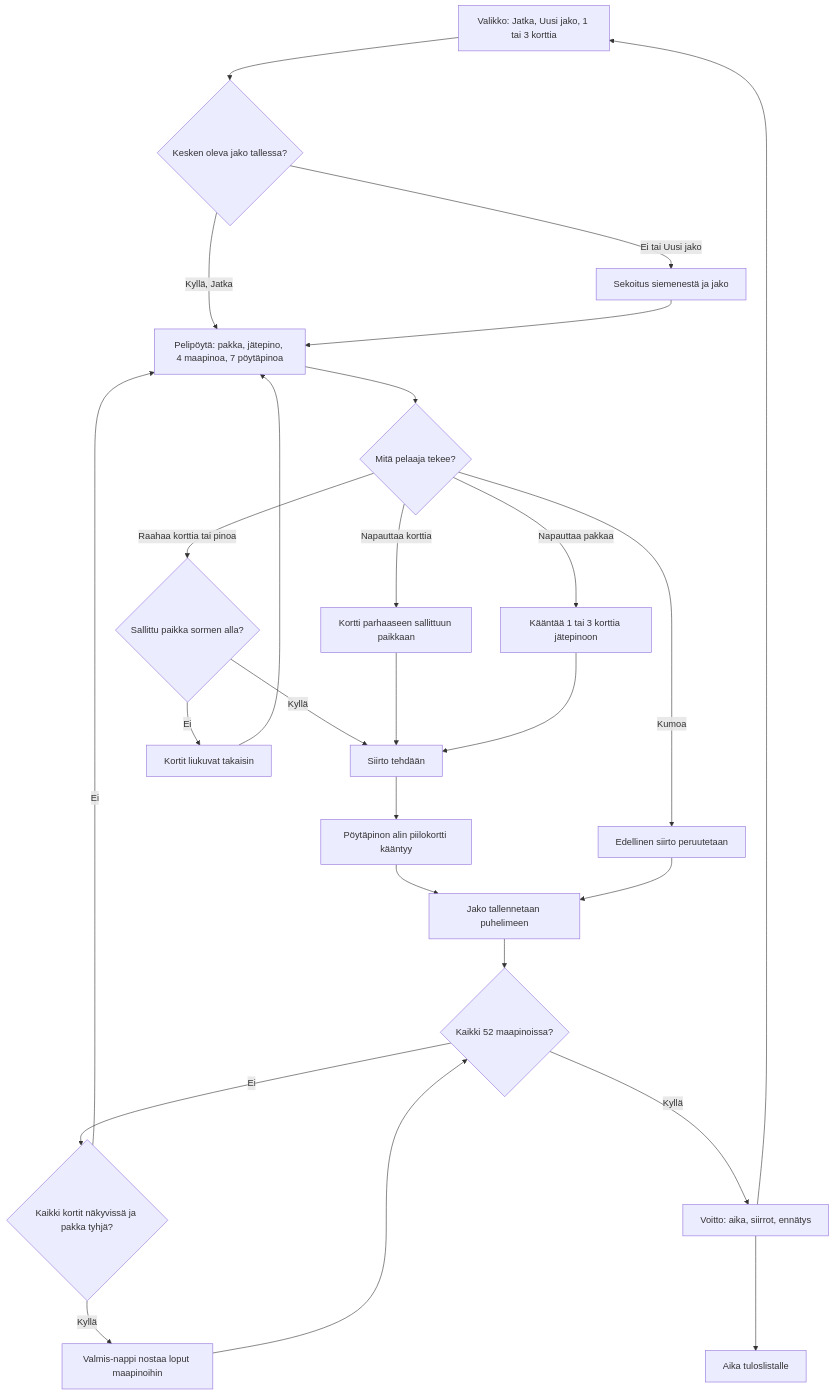
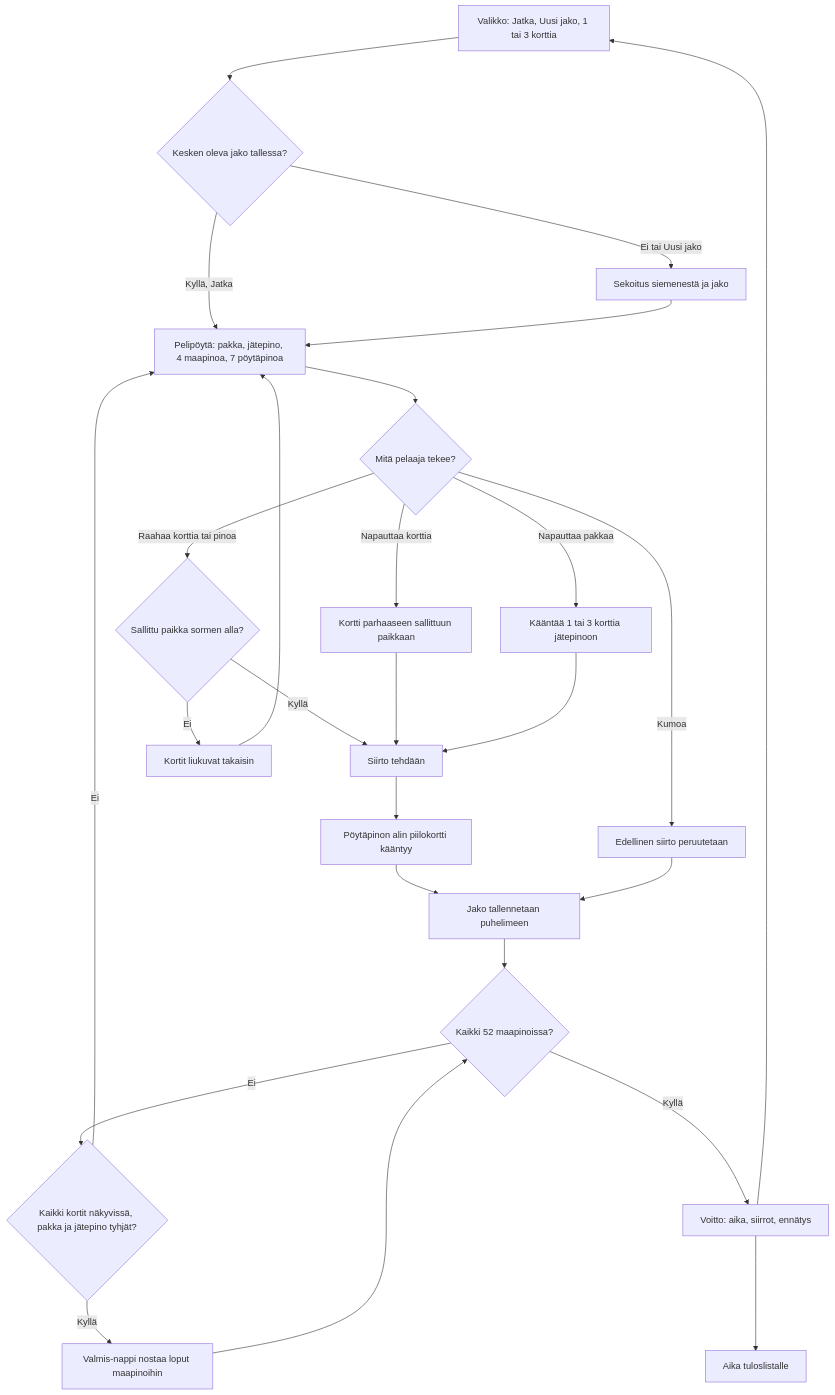
Before and after one commit to eerovil/ai-pelit: the diagram in docs/diagrams/pasianssi.md, drawn with Mermaid. The commit also changed other lines of this file, not shown here.

Commit message:
Align Pasianssi diagram with implementation

````diff
--- a/docs/diagrams/pasianssi.md
+++ b/docs/diagrams/pasianssi.md
@@ -8,33 +8,33 @@
 ```mermaid
 flowchart TD
   A[Valikko: Jatka, Uusi jako, 1 tai 3 korttia] --> J{Kesken oleva jako tallessa?}
   J -- Kyllä, Jatka --> P[Pelipöytä: pakka, jätepino, 4 maapinoa, 7 pöytäpinoa]
   J -- Ei tai Uusi jako --> S[Sekoitus siemenestä ja jako]
   S --> P
   P --> T{Mitä pelaaja tekee?}
   T -- Napauttaa pakkaa --> D[Kääntää 1 tai 3 korttia jätepinoon]
   T -- Napauttaa korttia --> M[Kortti parhaaseen sallittuun paikkaan]
   T -- Raahaa korttia tai pinoa --> R{Sallittu paikka sormen alla?}
   T -- Kumoa --> U[Edellinen siirto peruutetaan]
   R -- Kyllä --> K[Siirto tehdään]
   R -- Ei --> B[Kortit liukuvat takaisin]
   M --> K
   D --> K
   K --> F[Pöytäpinon alin piilokortti kääntyy]
   F --> V[Jako tallennetaan puhelimeen]
   U --> V
   B --> P
   V --> W{Kaikki 52 maapinoissa?}
-  W -- Ei --> X{Kaikki kortit näkyvissä ja pakka tyhjä?}
+  W -- Ei --> X{Kaikki kortit näkyvissä, pakka ja jätepino tyhjät?}
   X -- Kyllä --> AF[Valmis-nappi nostaa loput maapinoihin]
   AF --> W
   X -- Ei --> P
   W -- Kyllä --> G[Voitto: aika, siirrot, ennätys]
   G --> L[Aika tuloslistalle]
   G --> A
   class A,P,D,M,K,B blue
   class J,T,R,W,X amber
   class S,F,V,U teal
   class AF violet
   class G,L green
 ```
````
